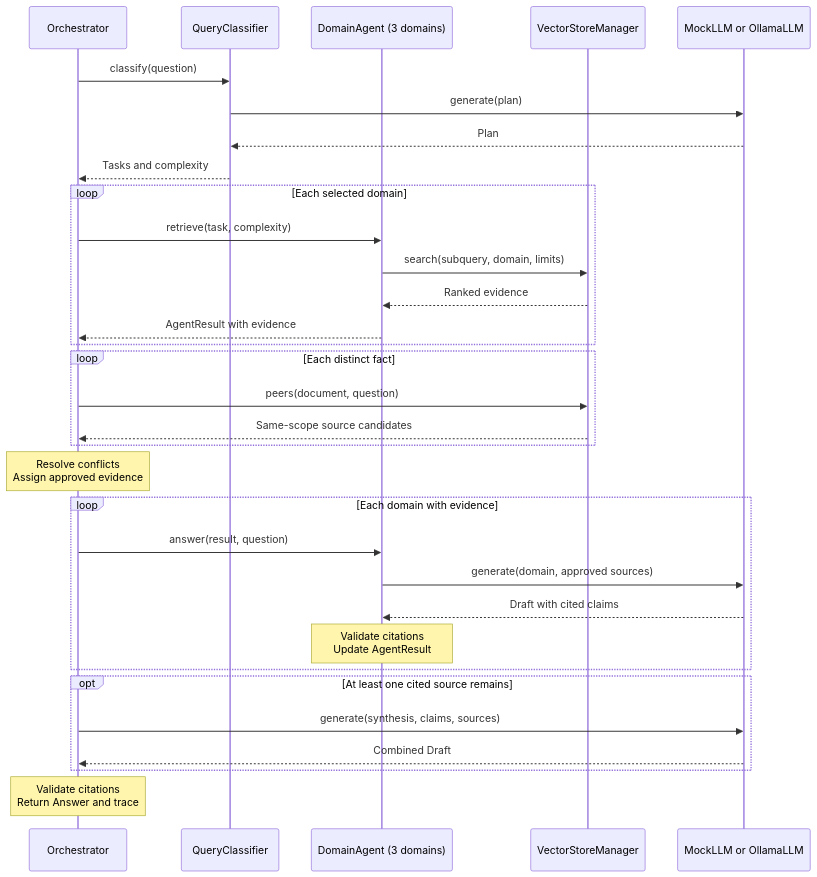
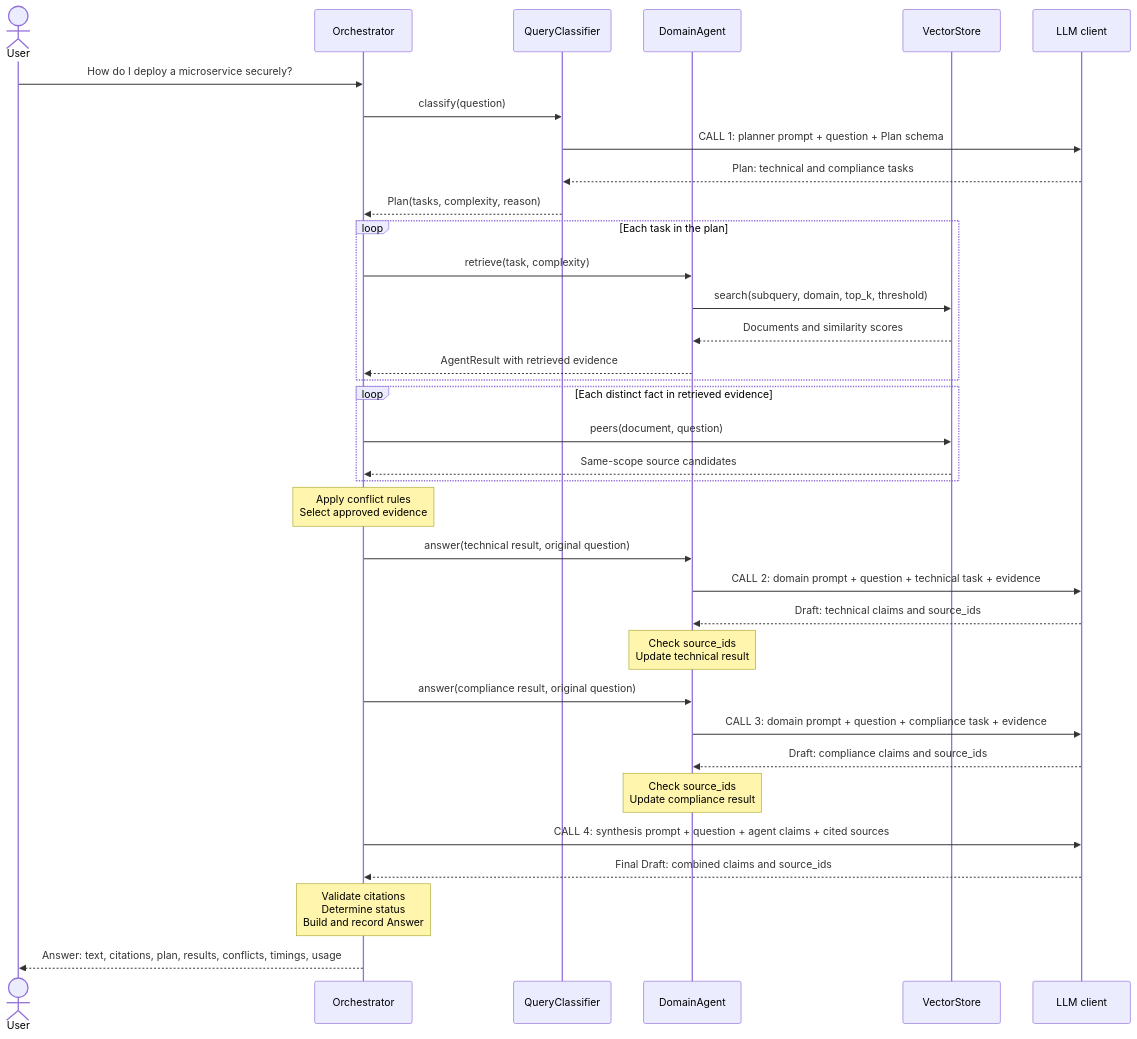
Before and after one commit to llluchko/multi-agent-rag-assessment: the second of 2 diagrams in docs/architecture.md, drawn with Mermaid. The commit also changed other lines of this file and 1 other file, not shown here.

Commit message:
docs: clarify architecture flows and simplify system design

````diff
--- a/docs/architecture.md
+++ b/docs/architecture.md
@@ -56,39 +69,43 @@
 ```mermaid
 sequenceDiagram
+    actor U as User
     participant O as Orchestrator
     participant P as QueryClassifier
-    participant A as DomainAgent (3 domains)
-    participant V as VectorStoreManager
-    participant L as MockLLM or OllamaLLM
+    participant A as DomainAgent
+    participant V as VectorStore
+    participant L as LLM client
 
+    U->>O: How do I deploy a microservice securely?
     O->>P: classify(question)
-    P->>L: generate(plan)
-    L-->>P: Plan
-    P-->>O: Tasks and complexity
+    P->>L: CALL 1: planner prompt + question + Plan schema
+    L-->>P: Plan: technical and compliance tasks
+    P-->>O: Plan(tasks, complexity, reason)
 
-    loop Each selected domain
+    loop Each task in the plan
         O->>A: retrieve(task, complexity)
-        A->>V: search(subquery, domain, limits)
-        V-->>A: Ranked evidence
-        A-->>O: AgentResult with evidence
+        A->>V: search(subquery, domain, top_k, threshold)
+        V-->>A: Documents and similarity scores
+        A-->>O: AgentResult with retrieved evidence
     end
 
-    loop Each distinct fact
+    loop Each distinct fact in retrieved evidence
         O->>V: peers(document, question)
         V-->>O: Same-scope source candidates
     end
-    Note over O: Resolve conflicts<br/>Assign approved evidence
+    Note over O: Apply conflict rules<br/>Select approved evidence
 
-    loop Each domain with evidence
-        O->>A: answer(result, question)
-        A->>L: generate(domain, approved sources)
-        L-->>A: Draft with cited claims
-        Note over A: Validate citations<br/>Update AgentResult
-    end
+    O->>A: answer(technical result, original question)
+    A->>L: CALL 2: domain prompt + question + technical task + evidence
+    L-->>A: Draft: technical claims and source_ids
+    Note over A: Check source_ids<br/>Update technical result
 
-    opt At least one cited source remains
-        O->>L: generate(synthesis, claims, sources)
-        L-->>O: Combined Draft
-    end
-    Note over O: Validate citations<br/>Return Answer and trace
+    O->>A: answer(compliance result, original question)
+    A->>L: CALL 3: domain prompt + question + compliance task + evidence
+    L-->>A: Draft: compliance claims and source_ids
+    Note over A: Check source_ids<br/>Update compliance result
+
+    O->>L: CALL 4: synthesis prompt + question + agent claims + cited sources
+    L-->>O: Final Draft: combined claims and source_ids
+    Note over O: Validate citations<br/>Determine status<br/>Build and record Answer
+    O-->>U: Answer: text, citations, plan, results, conflicts, timings, usage
 ```
````
